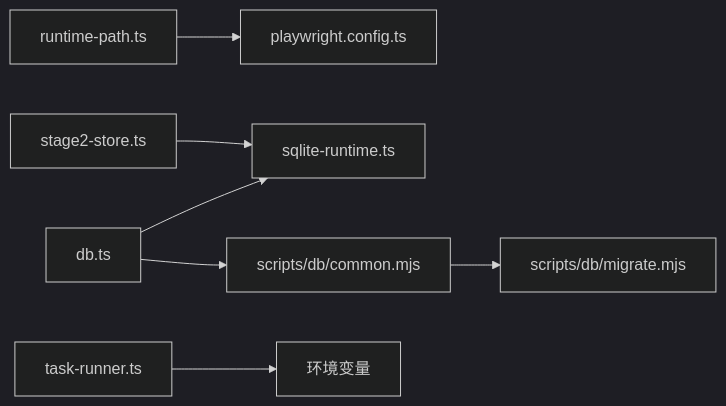
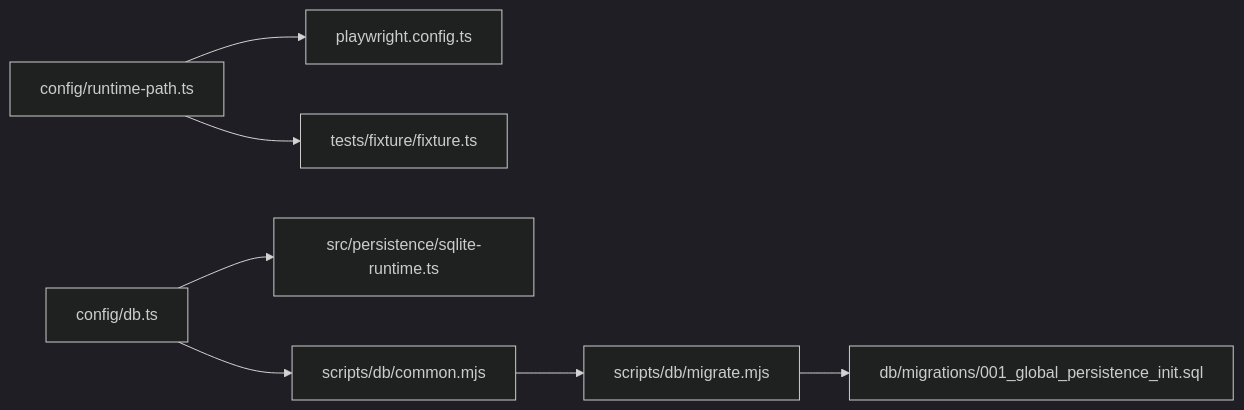
The sixth of 6 diagrams in .qoder/repowiki/zh/content/配置管理系统/配置管理系统.md (Jiane-EJ/playwright-mind), drawn with Mermaid (dark theme) before and after one commit. The commit also changed other lines of this file and 151 other files, not shown here.

````diff
--- a/.qoder/repowiki/zh/content/配置管理系统/配置管理系统.md
+++ b/.qoder/repowiki/zh/content/配置管理系统/配置管理系统.md
@@ -474,9 +257,9 @@
 ```mermaid
 graph LR
-RT["runtime-path.ts"] --> PW["playwright.config.ts"]
-DB["db.ts"] --> SR["sqlite-runtime.ts"]
-DB --> CM["scripts/db/common.mjs"]
-CM --> MM["scripts/db/migrate.mjs"]
-TR["task-runner.ts"] --> ENV["环境变量"]
-S2S["stage2-store.ts"] --> SR
+RP["config/runtime-path.ts"] --> PWCFG["playwright.config.ts"]
+RP --> FIX["tests/fixture/fixture.ts"]
+DB_CFG["config/db.ts"] --> SQLITE_RT["src/persistence/sqlite-runtime.ts"]
+DB_CFG --> DB_COMMON["scripts/db/common.mjs"]
+DB_COMMON --> DB_MIGRATE["scripts/db/migrate.mjs"]
+DB_MIGRATE --> MIG_SQL["db/migrations/001_global_persistence_init.sql"]
 ```
````
